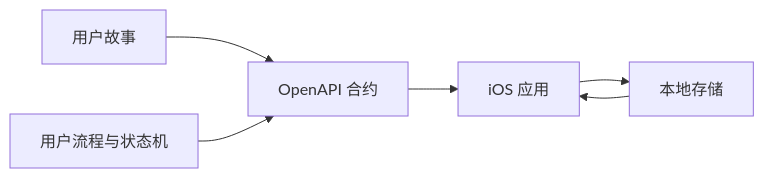
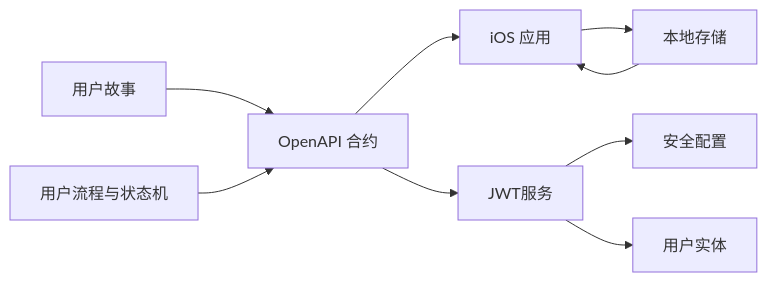
The ninth of 9 diagrams in .qoder/repowiki/zh/content/核心功能模块/认证系统.md (Jayden23018/blind-run-ios), drawn with Mermaid before and after one commit. The commit also changed other lines of this file and 7 other files, not shown here.

````diff
--- a/.qoder/repowiki/zh/content/核心功能模块/认证系统.md
+++ b/.qoder/repowiki/zh/content/核心功能模块/认证系统.md
@@ -309,8 +352,11 @@
 ```mermaid
 graph LR
 Stories["用户故事"] --> API["OpenAPI 合约"]
 Flow["用户流程与状态机"] --> API
 API --> IOS["iOS 应用"]
 IOS --> Store["本地存储"]
 Store --> IOS
+API --> JwtService["JWT服务"]
+JwtService --> SecurityConfig["安全配置"]
+JwtService --> AppUser["用户实体"]
 ```
````
